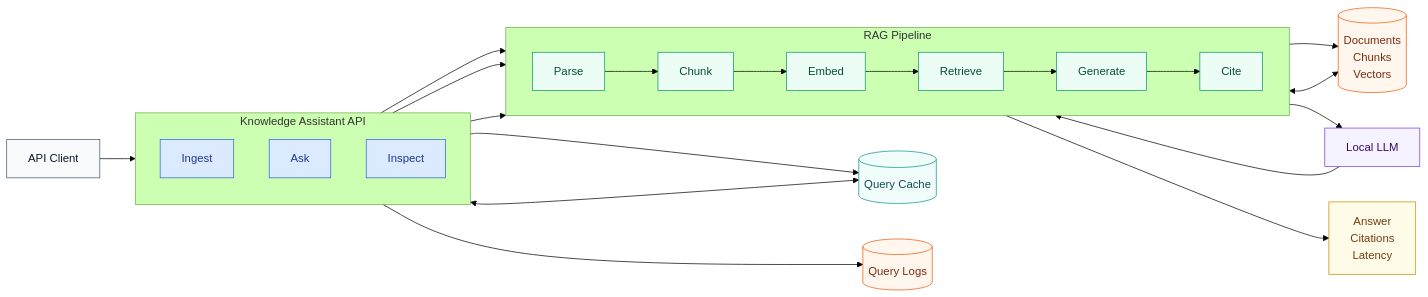
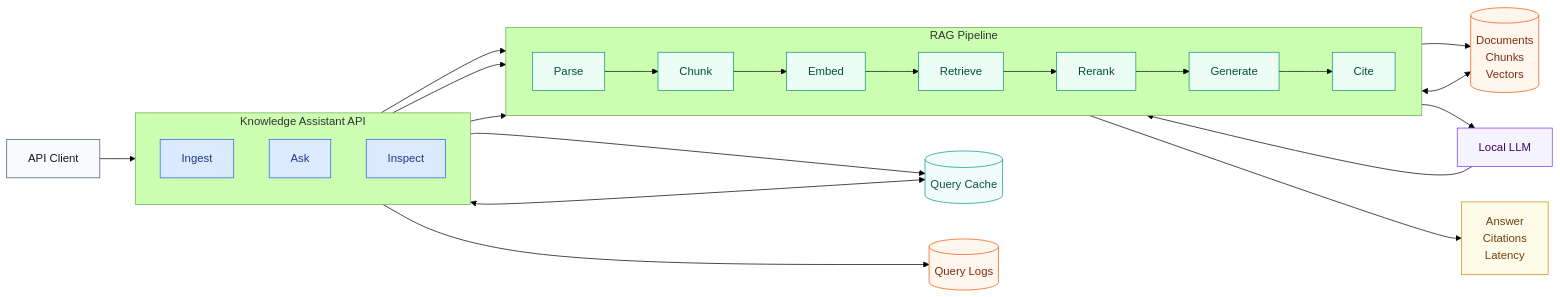
Before and after one commit to gaganm1124/knowledge-assistant: the first of 3 diagrams in README.md, drawn with Mermaid (forest theme). The commit also changed other lines of this file and 9 other files, not shown here.

````diff
--- a/README.md
+++ b/README.md
@@ -26,47 +27,48 @@
 ```mermaid
 flowchart LR
     Client["API Client"]:::client
 
     subgraph App["Knowledge Assistant API"]
         direction TB
         Ingest["Ingest"]:::api
         Ask["Ask"]:::api
         Inspect["Inspect"]:::api
     end
 
     subgraph Pipeline["RAG Pipeline"]
         direction LR
         Parse["Parse"]:::stage
         Chunk["Chunk"]:::stage
         Embed["Embed"]:::stage
         Retrieve["Retrieve"]:::stage
+        Rerank["Rerank"]:::stage
         Generate["Generate"]:::stage
         Cite["Cite"]:::stage
     end
 
     Store[("Documents<br/>Chunks<br/>Vectors")]:::db
     Cache[("Query Cache")]:::cache
     Metrics[("Query Logs")]:::db
     LLM["Local LLM"]:::llm
     Answer["Answer<br/>Citations<br/>Latency"]:::response
 
     Client --> App
     Ingest --> Parse --> Chunk --> Embed --> Store
     Ingest --> Cache
     Ask --> Embed
     Ask <--> Cache
     Embed --> Retrieve
     Retrieve <--> Store
-    Retrieve --> Generate --> LLM
+    Retrieve --> Rerank --> Generate --> LLM
     LLM --> Generate --> Cite --> Answer
     Ask --> Metrics
     Inspect --> Retrieve
 
     classDef client fill:#f8fafc,stroke:#475569,stroke-width:1px,color:#0f172a;
     classDef api fill:#dbeafe,stroke:#2563eb,stroke-width:1px,color:#1e3a8a;
     classDef stage fill:#ecfdf5,stroke:#059669,stroke-width:1px,color:#064e3b;
     classDef db fill:#fff7ed,stroke:#ea580c,stroke-width:1px,color:#7c2d12;
     classDef cache fill:#f0fdfa,stroke:#0d9488,stroke-width:1px,color:#134e4a;
     classDef llm fill:#f5f3ff,stroke:#7c3aed,stroke-width:1px,color:#3b0764;
     classDef response fill:#fefce8,stroke:#ca8a04,stroke-width:1px,color:#713f12;
 ```
````
